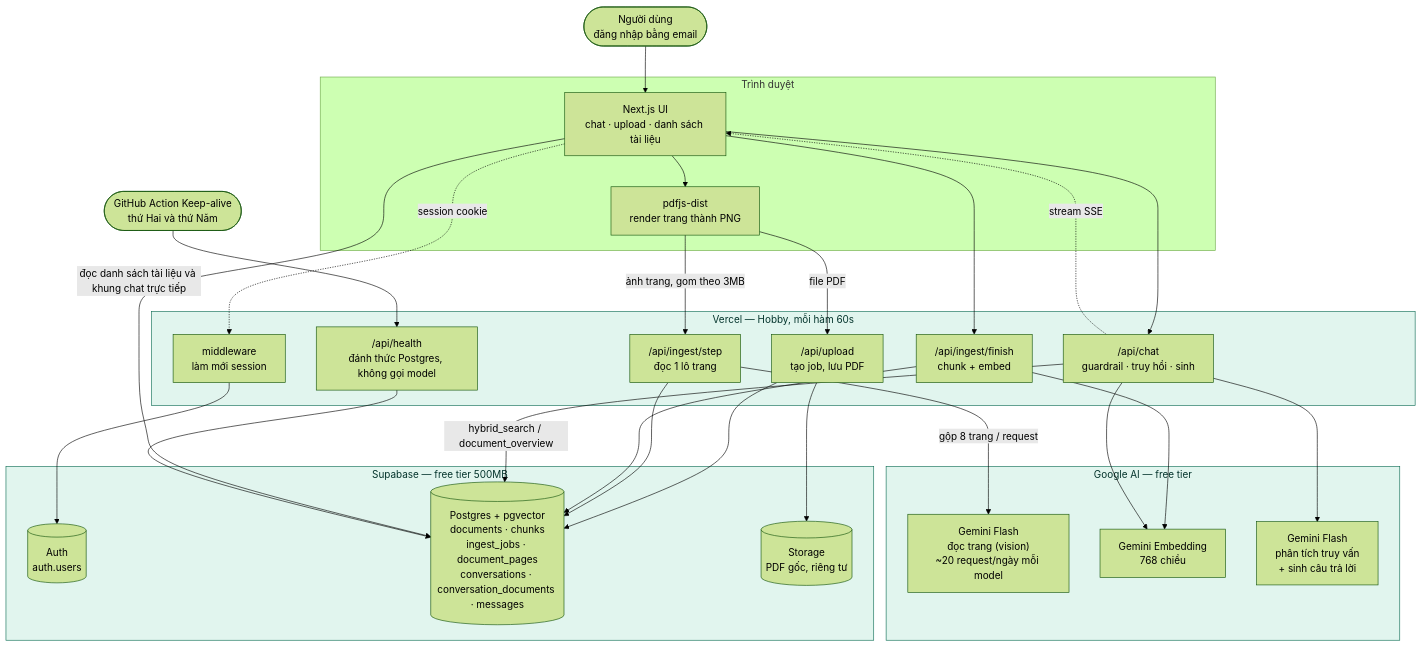
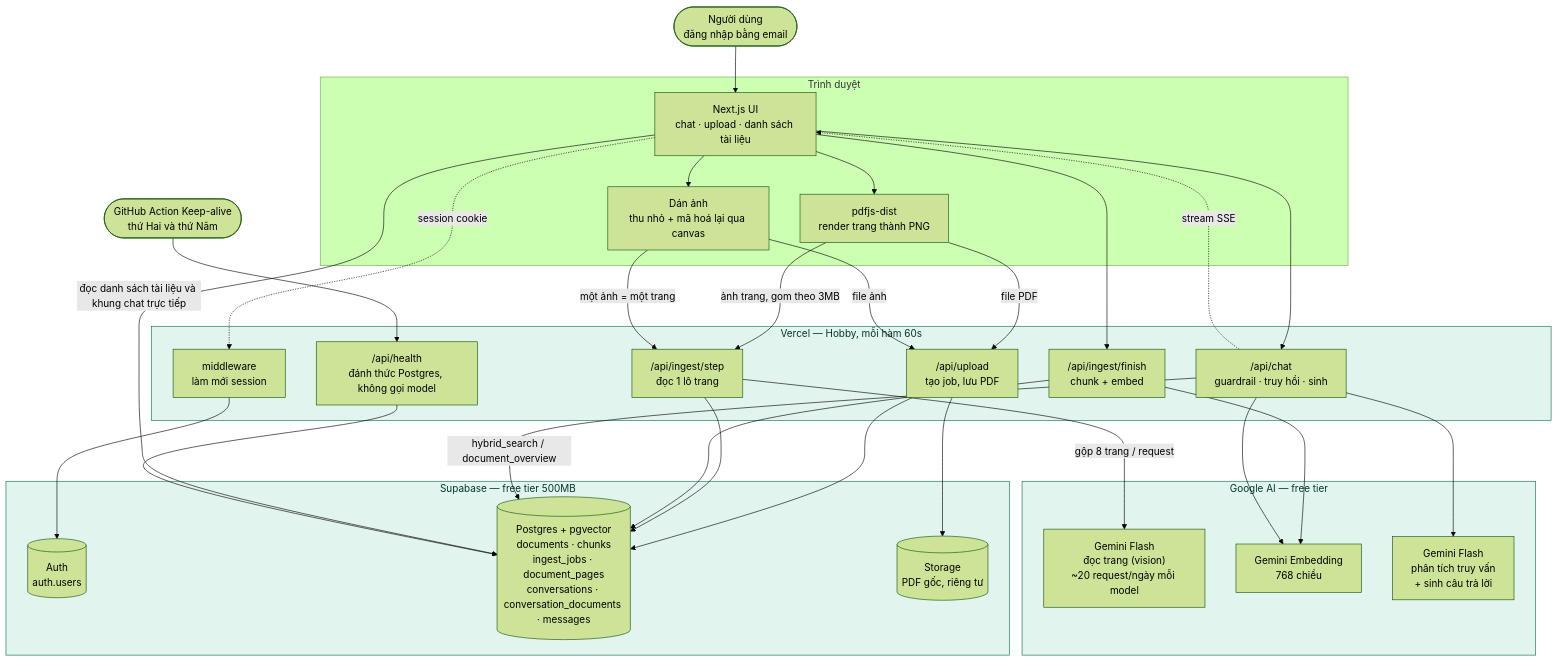
The diagram in docs/architecture/01-high-level.mmd (trantiendat0611/Docubo), drawn with Mermaid (forest theme) before and after one commit. The commit also changed 14 other files, not shown here.

```diff
--- a/docs/architecture/01-high-level.mmd
+++ b/docs/architecture/01-high-level.mmd
@@ -1,65 +1,69 @@
 %% Sơ đồ 1 — Tổng quan hệ thống (Task 1.4)
-%% Cập nhật 19/08: thêm nhiều khung hội thoại (migration 007) và /api/health.
+%% Cập nhật 21/08: thêm đường dán ảnh — ảnh đi cùng đường lô ảnh trang của PDF.
 %% Xem trước: dán vào https://mermaid.live hoặc extension Mermaid của VS Code
 
 graph TB
     USER(["Người dùng<br/>đăng nhập bằng email"])
 
     subgraph browser["Trình duyệt"]
         UI["Next.js UI<br/>chat · upload · danh sách tài liệu"]
         PDFJS["pdfjs-dist<br/>render trang thành PNG"]
+        PASTE["Dán ảnh<br/>thu nhỏ + mã hoá lại qua canvas"]
     end
 
     subgraph vercel["Vercel — Hobby, mỗi hàm 60s"]
         MW["middleware<br/>làm mới session"]
         UP["/api/upload<br/>tạo job, lưu PDF"]
         STEP["/api/ingest/step<br/>đọc 1 lô trang"]
         FIN["/api/ingest/finish<br/>chunk + embed"]
         CHAT["/api/chat<br/>guardrail · truy hồi · sinh"]
         HLT["/api/health<br/>đánh thức Postgres, không gọi model"]
     end
 
     subgraph google["Google AI — free tier"]
         VIS["Gemini Flash<br/>đọc trang (vision)<br/>~20 request/ngày mỗi model"]
         EMB["Gemini Embedding<br/>768 chiều"]
         GEN["Gemini Flash<br/>phân tích truy vấn<br/>+ sinh câu trả lời"]
     end
 
     subgraph supa["Supabase — free tier 500MB"]
         AUTH[("Auth<br/>auth.users")]
         DB[("Postgres + pgvector<br/>documents · chunks<br/>ingest_jobs · document_pages<br/>conversations · conversation_documents · messages")]
         ST[("Storage<br/>PDF gốc, riêng tư")]
     end
 
     USER --> UI
     UI --> PDFJS
+    UI --> PASTE
     UI -.->|session cookie| MW
 
     PDFJS -->|file PDF| UP
     PDFJS -->|"ảnh trang, gom theo 3MB"| STEP
+    PASTE -->|"một ảnh = một trang"| STEP
+    PASTE -->|"file ảnh"| UP
     UI --> FIN
     UI --> CHAT
 
     UP --> ST
     UP --> DB
     STEP -->|"gộp 8 trang / request"| VIS
     STEP --> DB
     FIN --> EMB
     FIN --> DB
 
     CHAT --> GEN
     CHAT --> EMB
     CHAT -->|"hybrid_search / document_overview"| DB
     CHAT -.->|"stream SSE"| UI
 
     UI -->|"đọc danh sách tài liệu và khung chat trực tiếp"| DB
     HLT --> DB
     GHA(["GitHub Action Keep-alive<br/>thứ Hai và thứ Năm"]) --> HLT
     MW --> AUTH
 
     classDef free fill:#E1F5EE,stroke:#0F6E56,color:#04342C
     class google,supa,vercel free
 
     %% Cô lập dữ liệu nằm ở database:
     %% - đọc chạy dưới JWT người dùng, RLS quyết định thấy gì
     %% - ghi chạy bằng service_role, tự đặt owner_id
```
